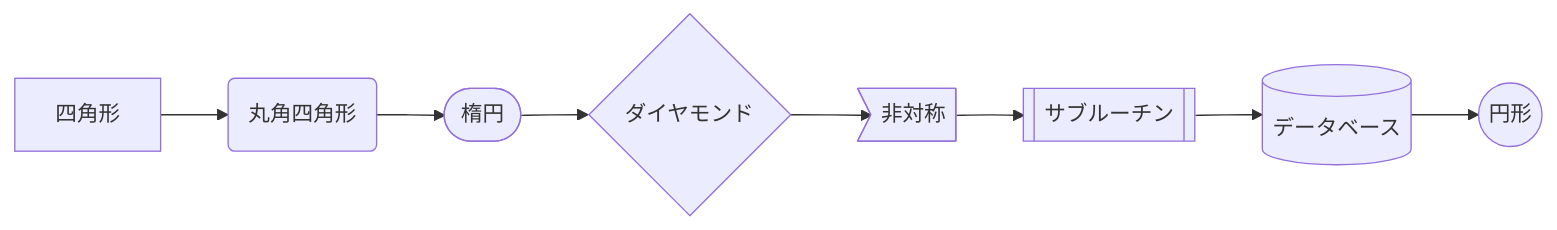
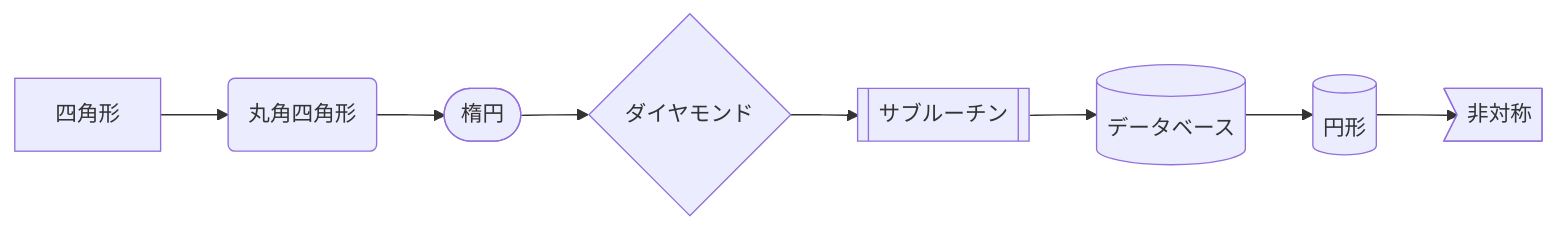
One commit to TakayukiStar/workPR changed diagram 21 of 27 in README.md. Above: the diagram before and after it, drawn with Mermaid. The commit also changed other lines of this file, not shown here.

````diff
--- a/README.md
+++ b/README.md
@@ -1134,10 +696,10 @@
 ```mermaid
 flowchart LR
     A[四角形] --> B(丸角四角形)
     B --> C([楕円])
     C --> D{ダイヤモンド}
-    D --> E>非対称]
-    E --> F[["サブルーチン"]]
-    F --> G[(データベース)]
-    G --> H((円形))
+    D --> E[["サブルーチン"]]
+    E --> F[(データベース)]
+    F --> G[("円形")]
+    G --> H>"非対称"]
 ```
````
